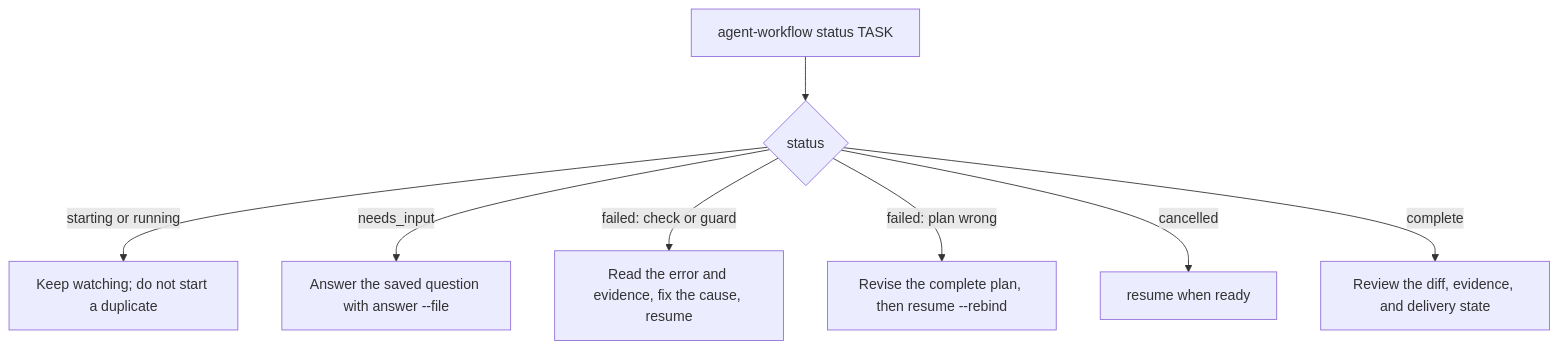
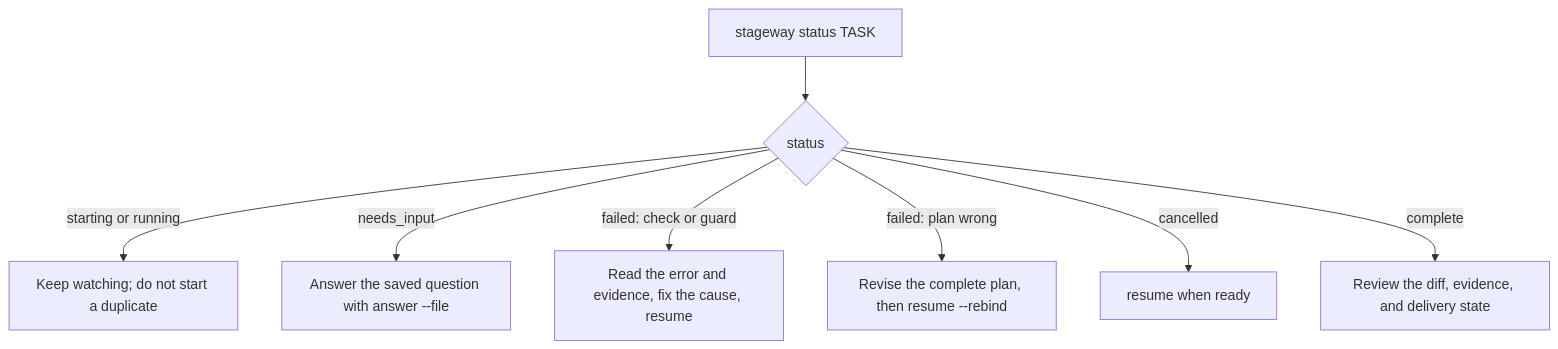
The diagram in docs-data/diagrams/task-stops.mmd (MarkoArsov/agent-workflow), drawn with Mermaid before and after one commit. The commit also changed 136 other files, not shown here.

```diff
--- a/docs-data/diagrams/task-stops.mmd
+++ b/docs-data/diagrams/task-stops.mmd
@@ -1,9 +1,9 @@
 %% When a task stops: decision tree on run status. Rendered by hand as task-stops.html.
 flowchart TD
-    A[agent-workflow status TASK] --> B{status}
+    A[stageway status TASK] --> B{status}
     B -->|starting or running| C[Keep watching; do not start a duplicate]
     B -->|needs_input| D[Answer the saved question with answer --file]
     B -->|failed: check or guard| E[Read the error and evidence, fix the cause, resume]
     B -->|failed: plan wrong| F[Revise the complete plan, then resume --rebind]
     B -->|cancelled| G[resume when ready]
     B -->|complete| H[Review the diff, evidence, and delivery state]
```
